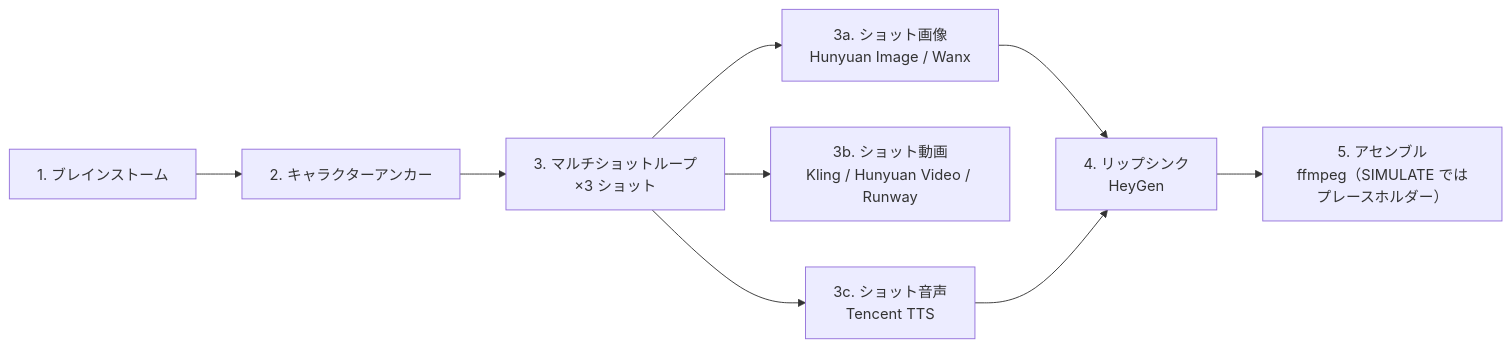
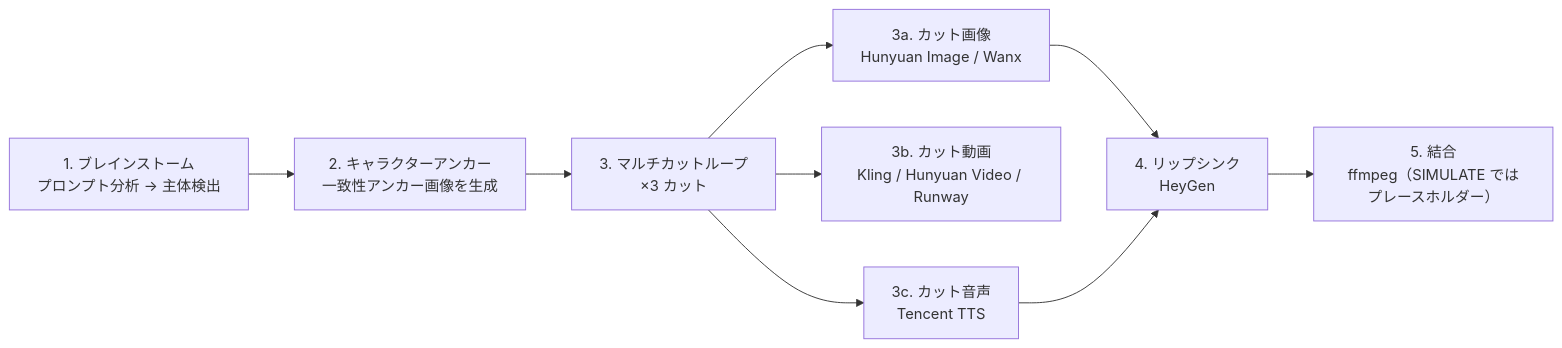
The second of 6 diagrams in README.ja.md (weed33834/ShotFlow), drawn with Mermaid before and after one commit. The commit also changed other lines of this file and 2 other files, not shown here.

````diff
--- a/README.ja.md
+++ b/README.ja.md
@@ -207,11 +257,11 @@
 ```mermaid
 flowchart LR
-    A["1. ブレインストーム"] --> B["2. キャラクターアンカー"]
-    B --> C["3. マルチショットループ<br/>×3 ショット"]
-    C --> D["3a. ショット画像<br/>Hunyuan Image / Wanx"]
-    C --> E["3b. ショット動画<br/>Kling / Hunyuan Video / Runway"]
-    C --> F["3c. ショット音声<br/>Tencent TTS"]
+    A["1. ブレインストーム<br/>プロンプト分析 → 主体検出"] --> B["2. キャラクターアンカー<br/>一致性アンカー画像を生成"]
+    B --> C["3. マルチカットループ<br/>×3 カット"]
+    C --> D["3a. カット画像<br/>Hunyuan Image / Wanx"]
+    C --> E["3b. カット動画<br/>Kling / Hunyuan Video / Runway"]
+    C --> F["3c. カット音声<br/>Tencent TTS"]
     D --> G["4. リップシンク<br/>HeyGen"]
     F --> G
-    G --> H["5. アセンブル<br/>ffmpeg（SIMULATE ではプレースホルダー）"]
+    G --> H["5. 結合<br/>ffmpeg（SIMULATE ではプレースホルダー）"]
 ```
````
